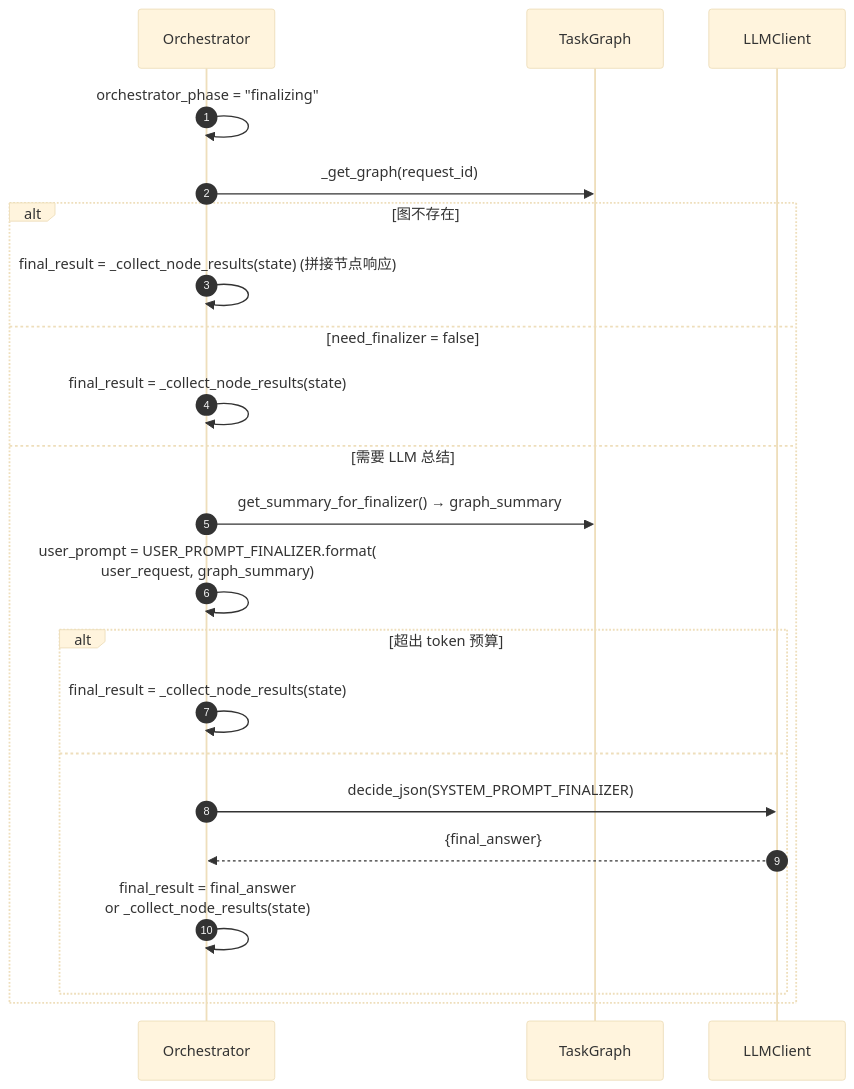
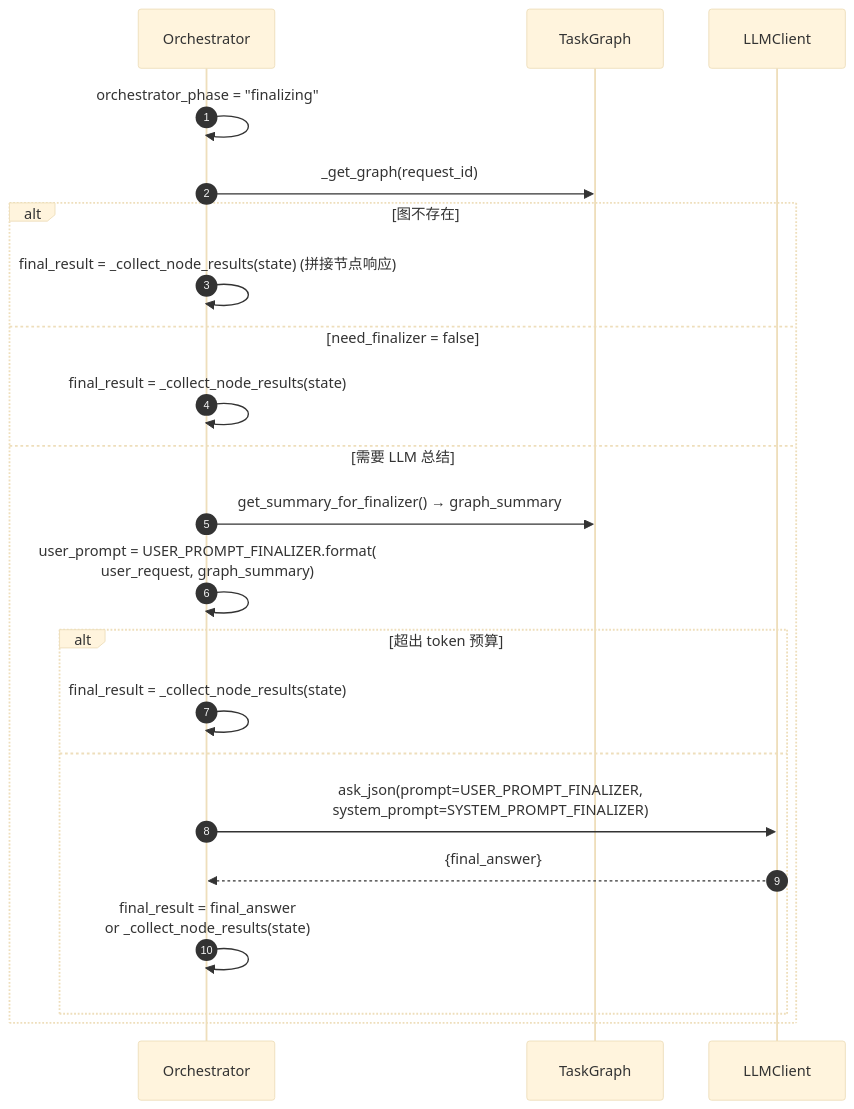
The sixth of 16 diagrams in doc/design.md (jimmylang74/Helix), drawn with Mermaid (base theme) before and after one commit. The commit also changed other lines of this file, not shown here.

````diff
--- a/doc/design.md
+++ b/doc/design.md
@@ -398,27 +414,27 @@
 ```mermaid
 sequenceDiagram
     autonumber
     participant Orch as Orchestrator
     participant Graph as TaskGraph
     participant LLM as LLMClient
 
     Orch->>Orch: orchestrator_phase = "finalizing"
     Orch->>Graph: _get_graph(request_id)
 
     alt 图不存在
         Orch->>Orch: final_result = _collect_node_results(state) (拼接节点响应)
     else need_finalizer = false
         Orch->>Orch: final_result = _collect_node_results(state)
     else 需要 LLM 总结
         Orch->>Graph: get_summary_for_finalizer() → graph_summary
         Orch->>Orch: user_prompt = USER_PROMPT_FINALIZER.format(<br/>user_request, graph_summary)
 
         alt 超出 token 预算
             Orch->>Orch: final_result = _collect_node_results(state)
         else
-            Orch->>LLM: decide_json(SYSTEM_PROMPT_FINALIZER)
+            Orch->>LLM: ask_json(prompt=USER_PROMPT_FINALIZER,<br/>system_prompt=SYSTEM_PROMPT_FINALIZER)
             LLM-->>Orch: {final_answer}
             Orch->>Orch: final_result = final_answer<br/>or _collect_node_results(state)
         end
     end
 ```
````
